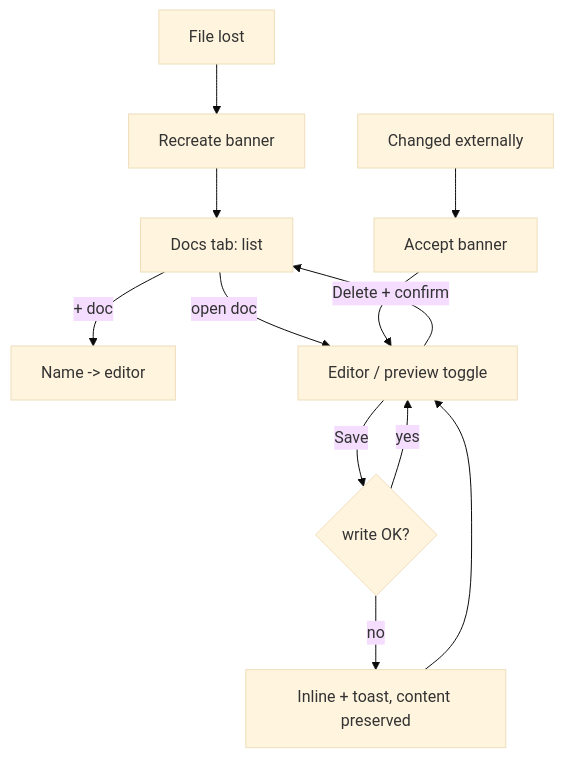
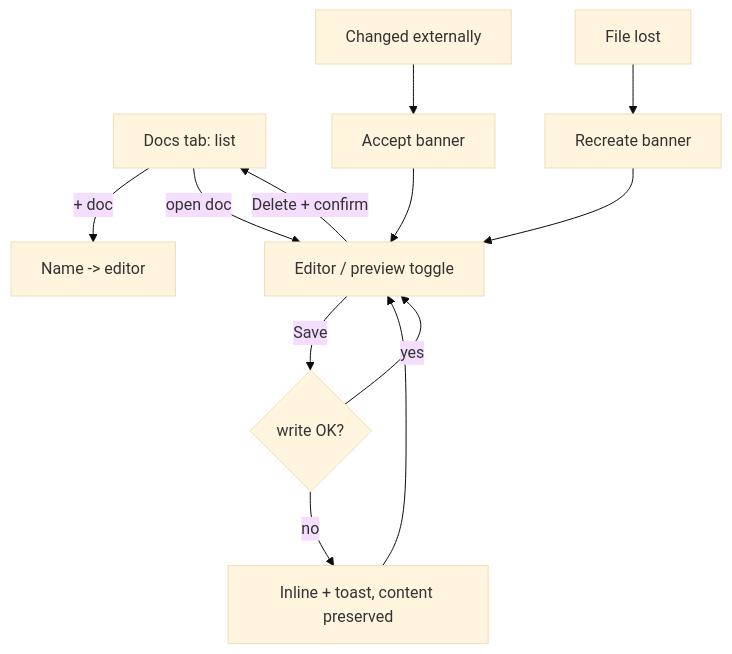
One commit to ssheleg/builder-pro-ai changed diagram 21 of 26 in docs/ux/flows.md. Above: the diagram before and after it, drawn with Mermaid (base theme). The commit also changed other lines of this file and 5 other files, not shown here.

````diff
--- a/docs/ux/flows.md
+++ b/docs/ux/flows.md
@@ -468,11 +474,11 @@
 ```mermaid
 flowchart TD
   D[Docs tab: list] -->|+ doc| N[Name -> editor]
   D -->|open doc| ED[Editor / preview toggle]
   ED -->|Save| S{write OK?}
   S -->|no| S_err[Inline + toast, content preserved] --> ED
   S -->|yes| ED
   EXT[Changed externally] --> AB[Accept banner] --> ED
-  LOST[File lost] --> RB[Recreate banner] --> D
+  LOST[File lost] --> RB[Recreate banner] --> ED
   ED -->|Delete + confirm| D
 ```
````
